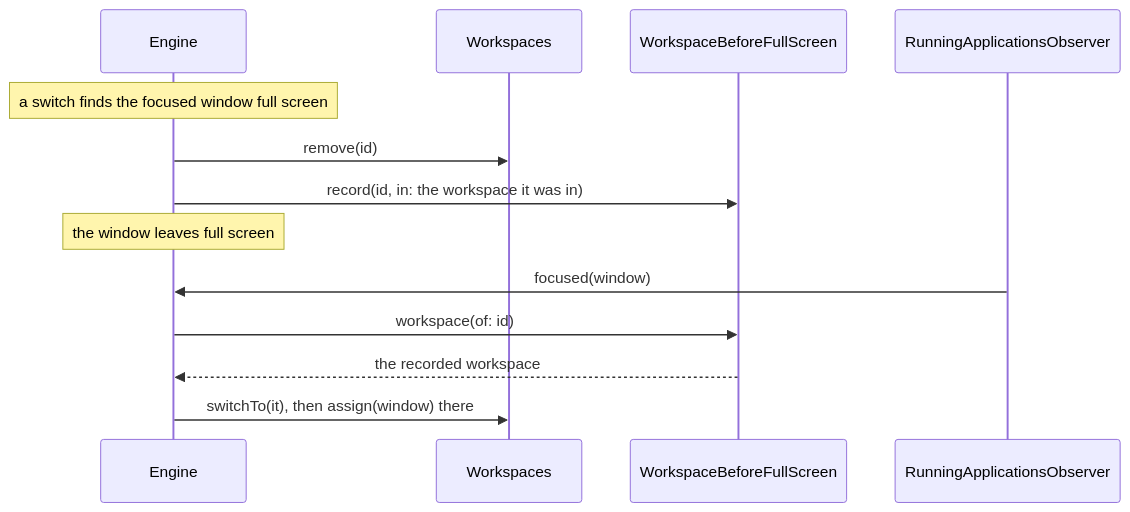
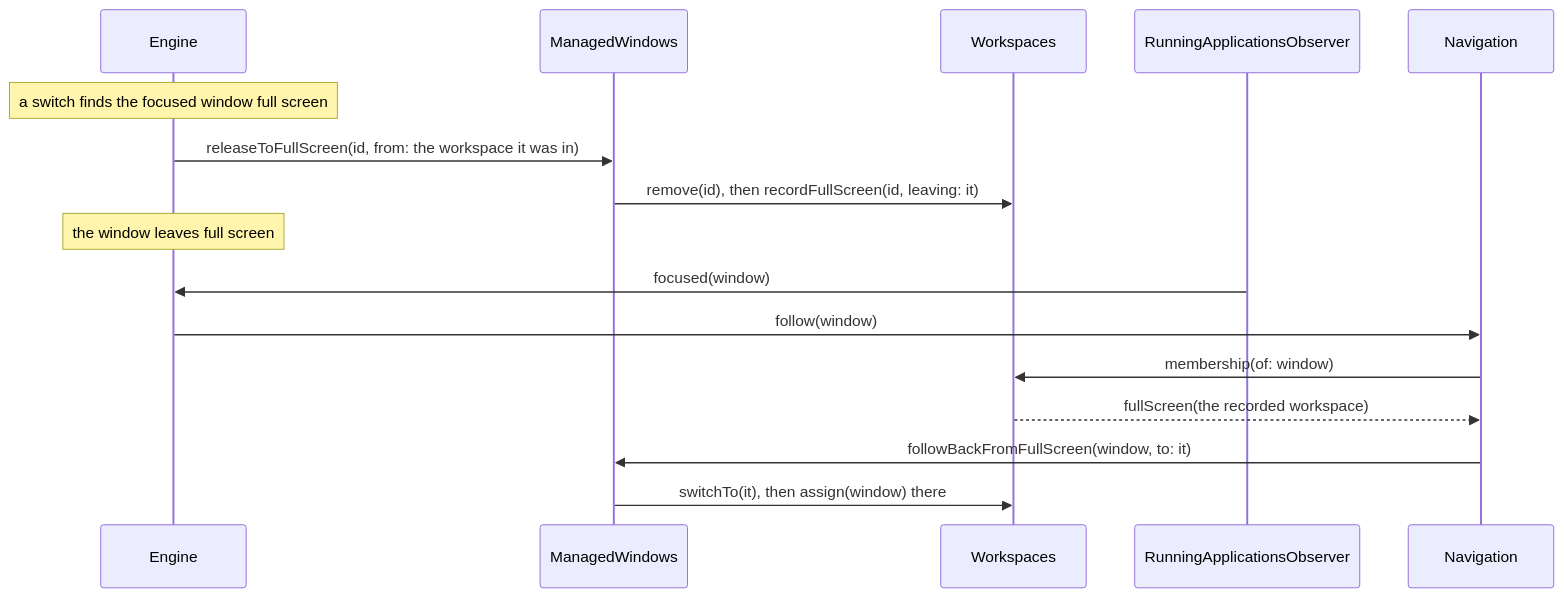
One commit to brennovich/ottowm changed diagram 12 of 18 in ARCHITECTURE.md. Above: the diagram before and after it, drawn with Mermaid. The commit also changed other lines of this file and 23 other files, not shown here.

````diff
--- a/ARCHITECTURE.md
+++ b/ARCHITECTURE.md
@@ -287,11 +311,13 @@
 ```mermaid
 sequenceDiagram
     Note over Engine: a switch finds the focused window full screen
-    Engine->>Workspaces: remove(id)
-    Engine->>WorkspaceBeforeFullScreen: record(id, in: the workspace it was in)
+    Engine->>ManagedWindows: releaseToFullScreen(id, from: the workspace it was in)
+    ManagedWindows->>Workspaces: remove(id), then recordFullScreen(id, leaving: it)
     Note over Engine: the window leaves full screen
     RunningApplicationsObserver->>Engine: focused(window)
-    Engine->>WorkspaceBeforeFullScreen: workspace(of: id)
-    WorkspaceBeforeFullScreen-->>Engine: the recorded workspace
-    Engine->>Workspaces: switchTo(it), then assign(window) there
+    Engine->>Navigation: follow(window)
+    Navigation->>Workspaces: membership(of: window)
+    Workspaces-->>Navigation: fullScreen(the recorded workspace)
+    Navigation->>ManagedWindows: followBackFromFullScreen(window, to: it)
+    ManagedWindows->>Workspaces: switchTo(it), then assign(window) there
 ```
````
